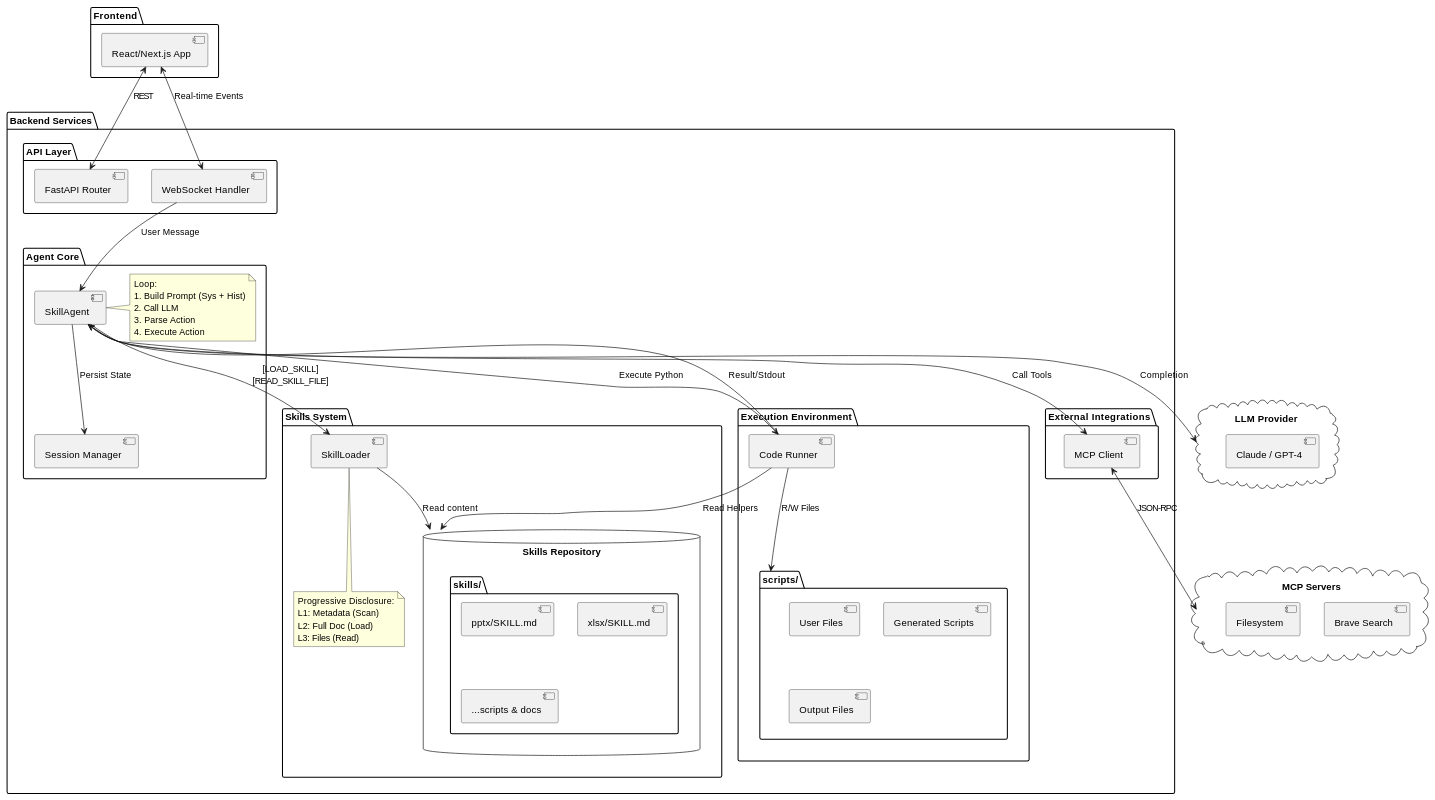
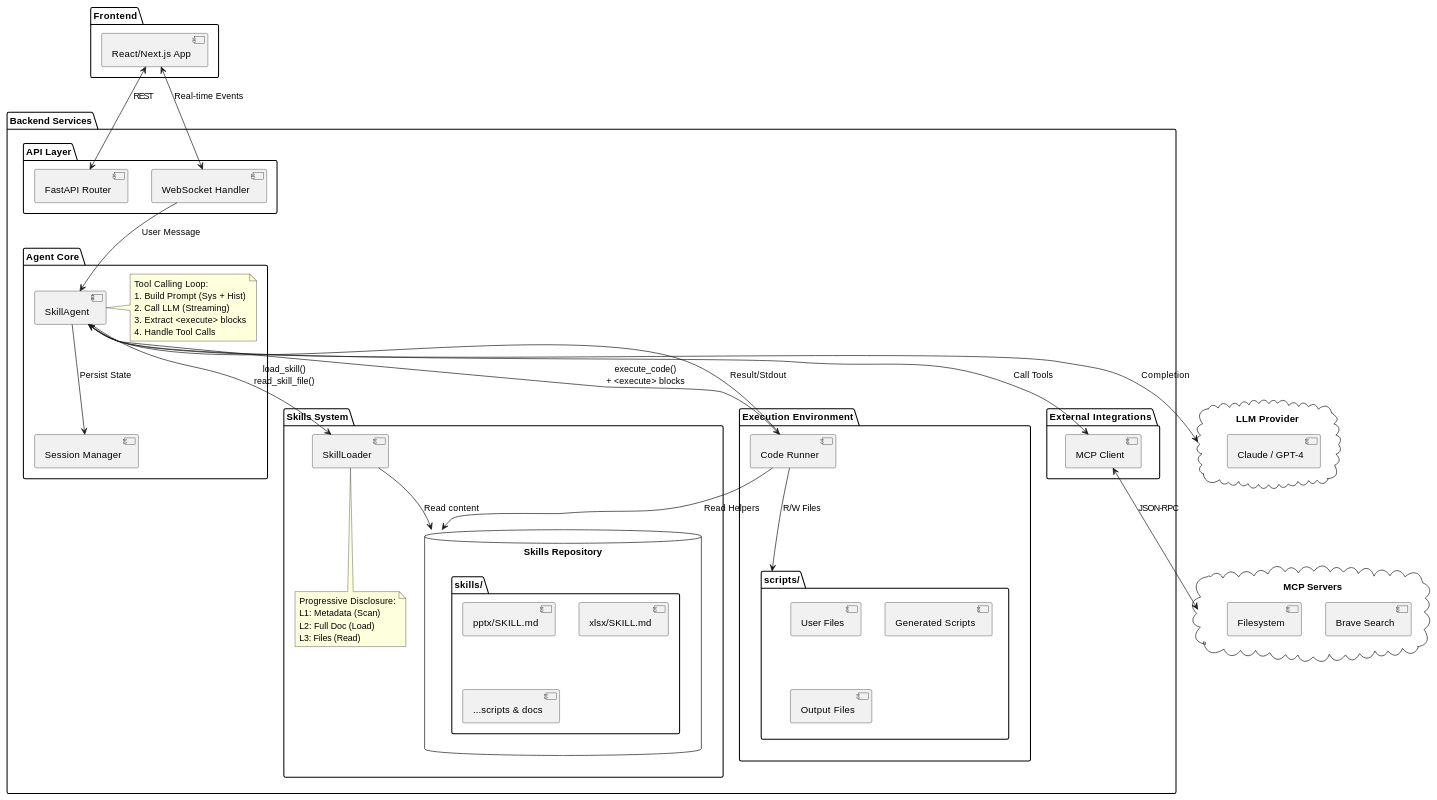
The diagram in files/Requirement_Spec.md (AIDC-AI/Pixelle-Studio), drawn with PlantUML before and after one commit. The commit also changed other lines of this file and 13 other files, not shown here.

```diff
--- a/files/Requirement_Spec.md
+++ b/files/Requirement_Spec.md
@@ -73,11 +81,11 @@
   package "Agent Core" {
     [SkillAgent] as Agent
     note right of Agent
-      Loop:
+      Tool Calling Loop:
       1. Build Prompt (Sys + Hist)
-      2. Call LLM
-      3. Parse Action
-      4. Execute Action
+      2. Call LLM (Streaming)
+      3. Extract <execute> blocks
+      4. Handle Tool Calls
     end note
     
     [Session Manager] as Session
@@ -129,9 +137,9 @@
 WS --> Agent : User Message
 Agent --> Session : Persist State
 Agent <--> LLM : Completion
-Agent --> Loader : [LOAD_SKILL]\n[READ_SKILL_FILE]
+Agent --> Loader : load_skill()\nread_skill_file()
 Loader --> Repo : Read content
-Agent --> Runner : Execute Python
+Agent --> Runner : execute_code()\n+ <execute> blocks
 Agent --> MCP : Call Tools
 MCP <--> MCPS : JSON-RPC
 Runner --> WorkDir : R/W Files
```
